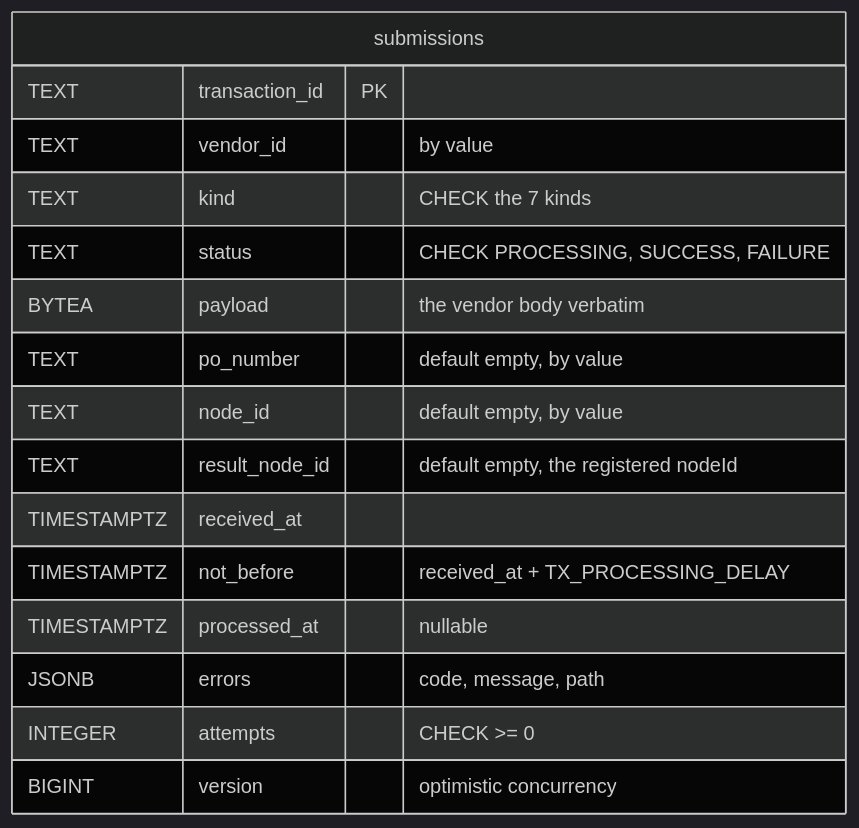
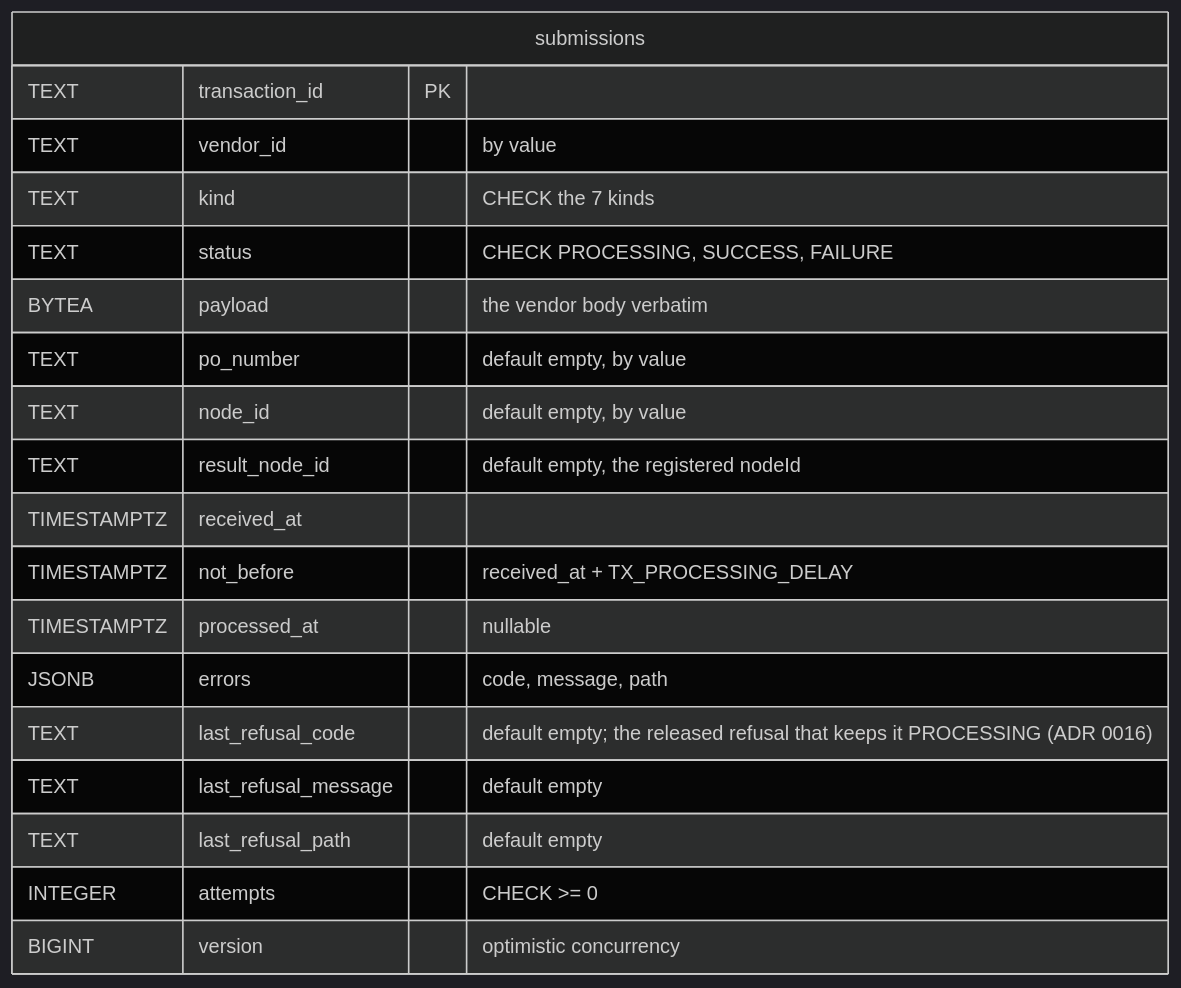
The third of 5 diagrams in docs/docs/ddd/entity-relationship.md (IQVO/vendor-connectivity), drawn with Mermaid (dark theme) before and after one commit. The commit also changed 36 other files, not shown here.

````diff
--- a/docs/docs/ddd/entity-relationship.md
+++ b/docs/docs/ddd/entity-relationship.md
@@ -74,19 +74,22 @@
 ```mermaid
 erDiagram
     submissions {
         TEXT transaction_id PK
         TEXT vendor_id "by value"
         TEXT kind "CHECK the 7 kinds"
         TEXT status "CHECK PROCESSING, SUCCESS, FAILURE"
         BYTEA payload "the vendor body verbatim"
         TEXT po_number "default empty, by value"
         TEXT node_id "default empty, by value"
         TEXT result_node_id "default empty, the registered nodeId"
         TIMESTAMPTZ received_at
         TIMESTAMPTZ not_before "received_at + TX_PROCESSING_DELAY"
         TIMESTAMPTZ processed_at "nullable"
         JSONB errors "code, message, path"
+        TEXT last_refusal_code "default empty; the released refusal that keeps it PROCESSING (ADR 0016)"
+        TEXT last_refusal_message "default empty"
+        TEXT last_refusal_path "default empty"
         INTEGER attempts "CHECK >= 0"
         BIGINT version "optimistic concurrency"
     }
 ```
````
